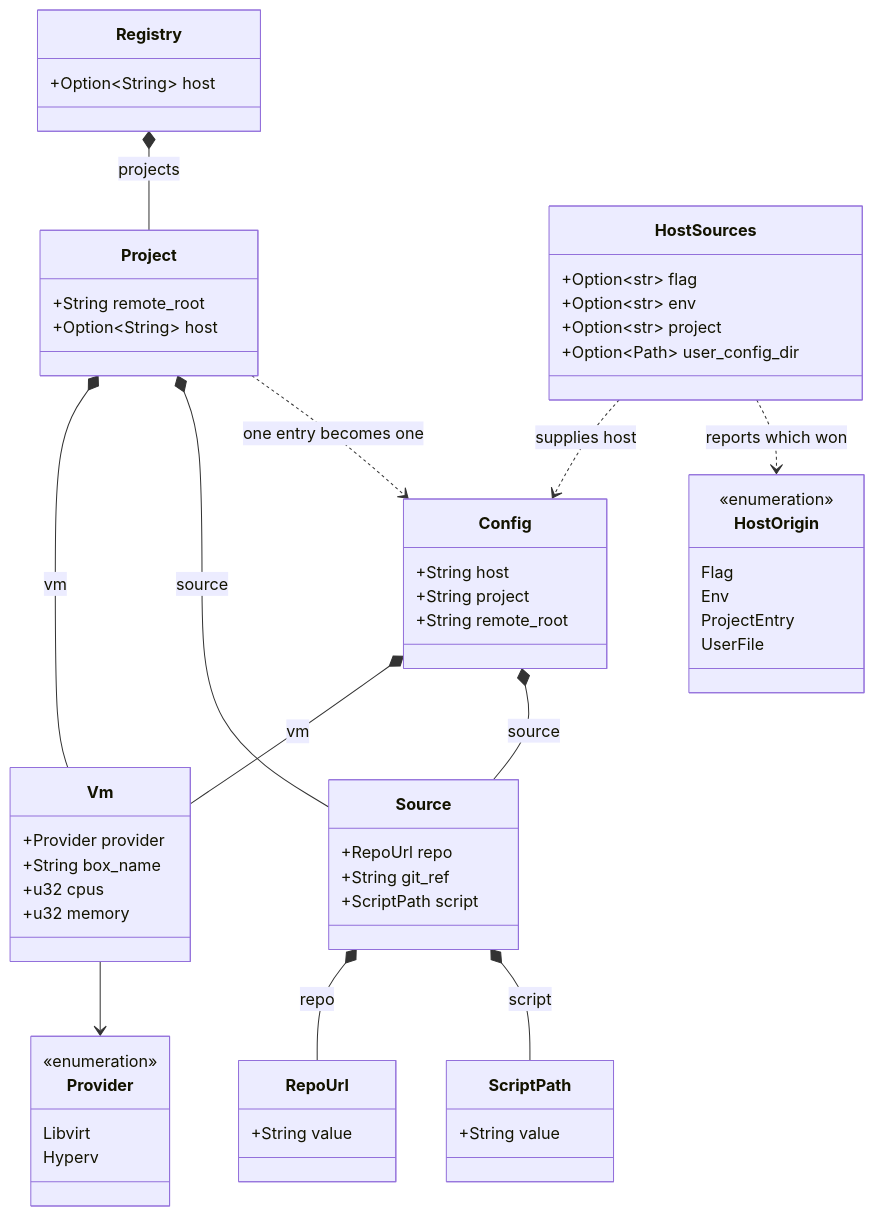
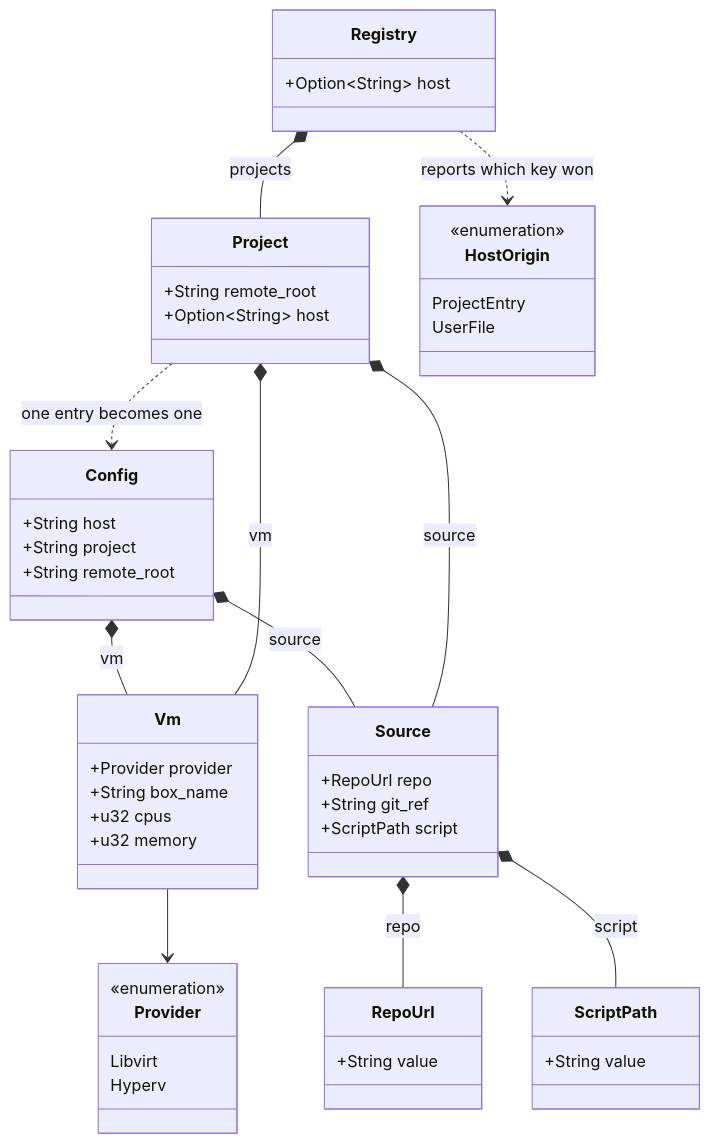
The third of 6 diagrams in docs/architecture.md (breki/bombyx), drawn with Mermaid before and after one commit. The commit also changed other lines of this file and 30 other files, not shown here.

````diff
--- a/docs/architecture.md
+++ b/docs/architecture.md
@@ -129,62 +128,53 @@
 ```mermaid
 classDiagram
   class Config {
     +String host
     +String project
     +String remote_root
   }
   class Vm {
     +Provider provider
     +String box_name
     +u32 cpus
     +u32 memory
   }
   class Source {
     +RepoUrl repo
     +String git_ref
     +ScriptPath script
   }
   class RepoUrl {
     +String value
   }
   class ScriptPath {
     +String value
   }
   class Provider {
     <<enumeration>>
     Libvirt
     Hyperv
   }
   class Registry {
     +Option~String~ host
   }
   class Project {
     +String remote_root
     +Option~String~ host
   }
-  class HostSources {
-    +Option~str~ flag
-    +Option~str~ env
-    +Option~str~ project
-    +Option~Path~ user_config_dir
-  }
   class HostOrigin {
     <<enumeration>>
-    Flag
-    Env
     ProjectEntry
     UserFile
   }
 
   Config *-- Vm : vm
   Config *-- Source : source
   Registry *-- Project : projects
   Project *-- Vm : vm
   Project *-- Source : source
   Project ..> Config : one entry becomes one
   Vm --> Provider
   Source *-- RepoUrl : repo
   Source *-- ScriptPath : script
-  HostSources ..> Config : supplies host
-  HostSources ..> HostOrigin : reports which won
+  Registry ..> HostOrigin : reports which key won
 ```
````
